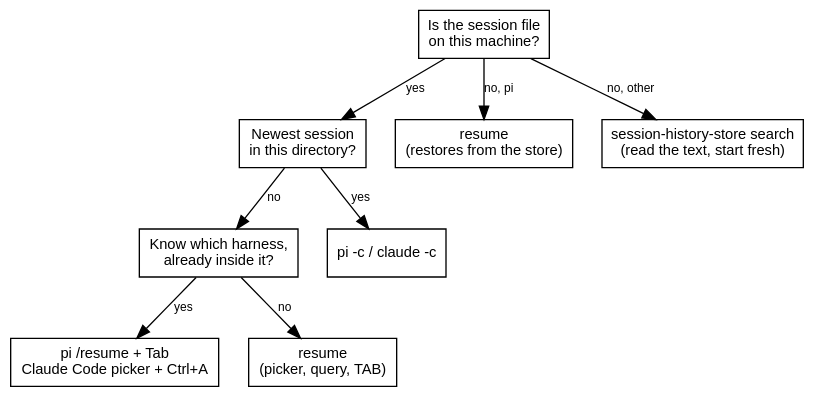
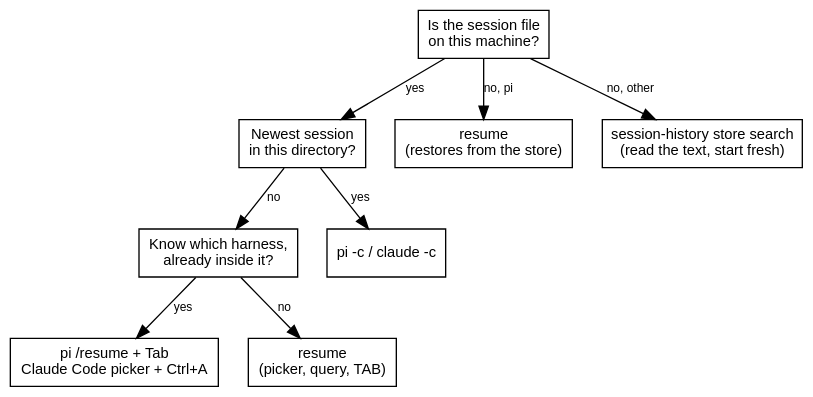
One commit to erfianugrah/lexicanum changed the second of 2 diagrams in src/content/docs/reference/resume-agent-sessions.mdx. Above: the diagram before and after it, drawn with Graphviz. The commit also changed other lines of this file and 90 other files, not shown here.

````diff
--- a/src/content/docs/reference/resume-agent-sessions.mdx
+++ b/src/content/docs/reference/resume-agent-sessions.mdx
@@ -238,25 +238,25 @@
 ```dot
 digraph {
   rankdir=TB; bgcolor="transparent"; nodesep=0.3; ranksep=0.5;
   fontname="Helvetica,Arial,sans-serif";
   node [fontname="Helvetica,Arial,sans-serif", fontsize=11, shape=box];
   edge [fontname="Helvetica,Arial,sans-serif", fontsize=9];
 
   q1 [label="Is the session file\non this machine?"];
   q2 [label="Newest session\nin this directory?"];
   q3 [label="Know which harness,\nalready inside it?"];
   st [label="resume\n(restores from the store)"];
-  ml [label="session-history-store search\n(read the text, start fresh)"];
+  ml [label="session-history store search\n(read the text, start fresh)"];
   c  [label="pi -c / claude -c"];
   p  [label="pi /resume + Tab\nClaude Code picker + Ctrl+A"];
   r  [label="resume\n(picker, query, TAB)"];
 
   q1 -> st [label="no, pi"];
   q1 -> ml [label="no, other"];
   q1 -> q2 [label="yes"];
   q2 -> c  [label="yes"];
   q2 -> q3 [label="no"];
   q3 -> p  [label="yes"];
   q3 -> r  [label="no"];
 }
 ```
````
